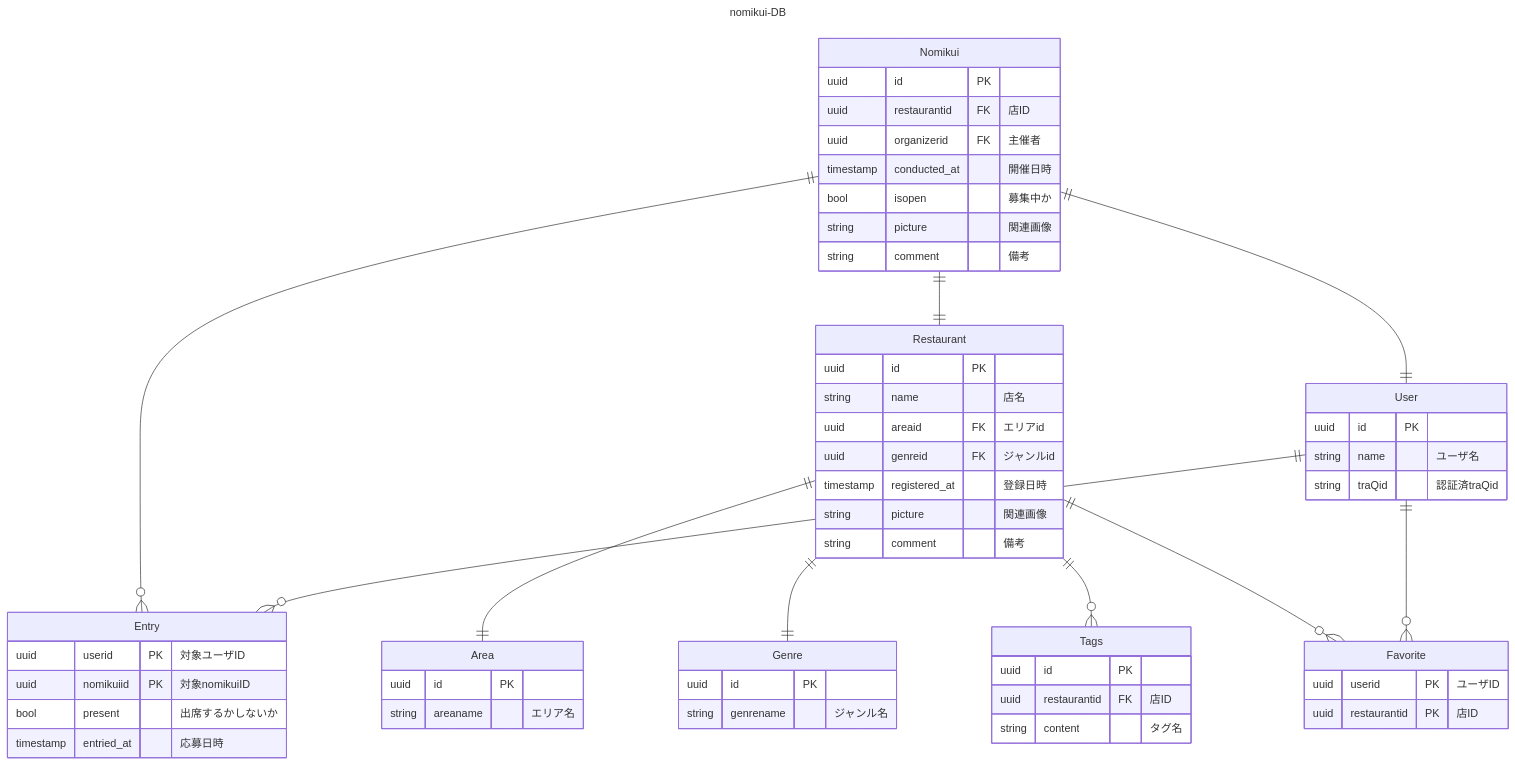
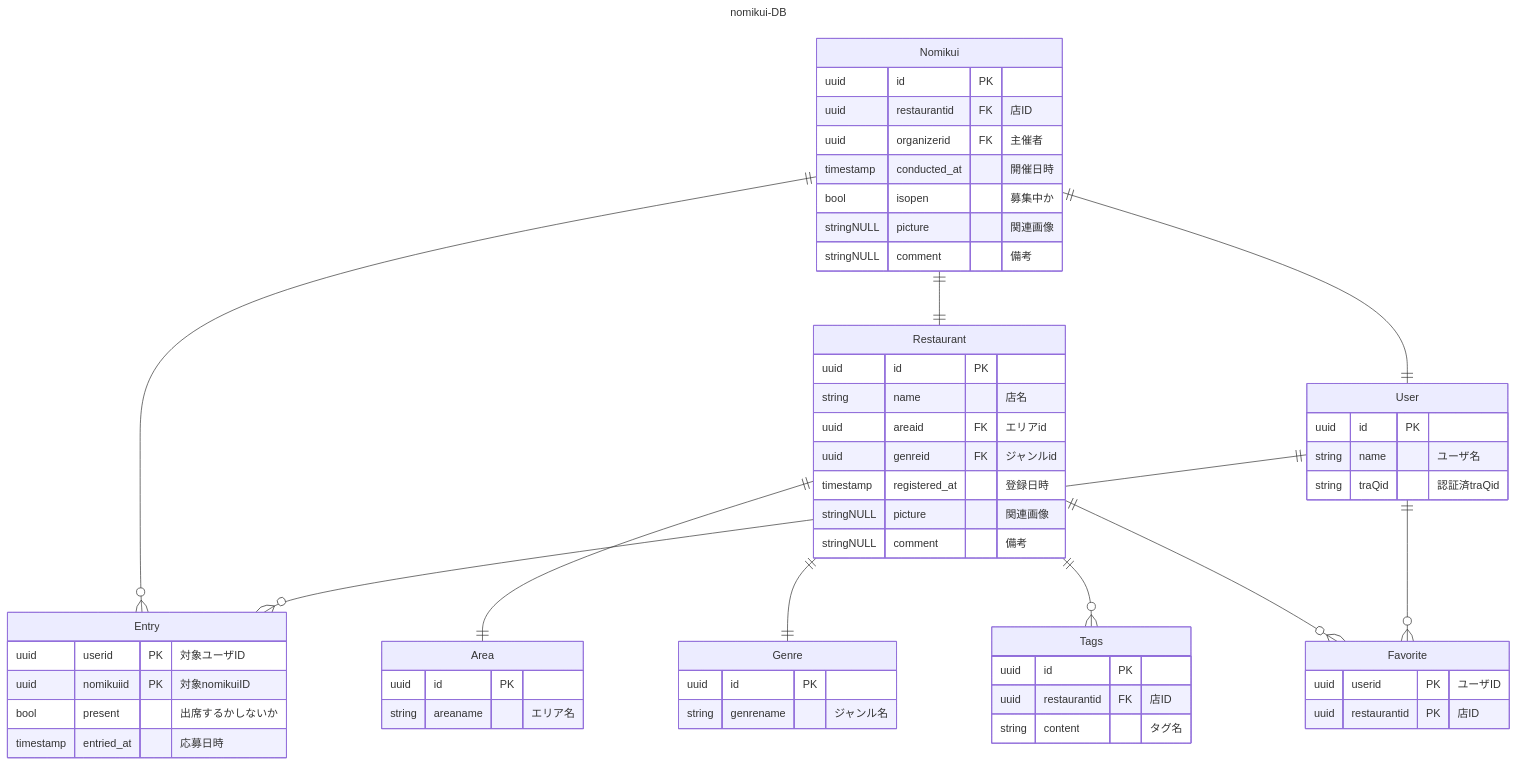
Before and after one commit to alter334/nomikui-match: the diagram in README.md, drawn with Mermaid.

Commit message:
Readme修正

````diff
--- a/README.md
+++ b/README.md
@@ -4,73 +4,73 @@
 ```mermaid
 ---
 title: nomikui-DB
 ---
 erDiagram
 
   Nomikui ||--o{ Entry : ""
   Nomikui ||--|| Restaurant : ""
   Nomikui ||--|| User : ""
 
   Restaurant ||--|| Area : ""
   Restaurant ||--|| Genre : ""
   Restaurant ||--o{ Tags : ""
   Restaurant ||--o{ Favorite :""
 
   User ||--o{ Favorite : ""
   User ||--o{ Entry : ""
 
   Nomikui {
     uuid id PK
     uuid restaurantid FK "店ID"
     uuid organizerid FK "主催者"
     timestamp conducted_at "開催日時"
     bool isopen "募集中か"
-    string picture "関連画像"
-    string comment "備考"
+    stringNULL picture "関連画像"
+    stringNULL comment "備考"
   }
 
   Entry {
     uuid userid PK "対象ユーザID"
     uuid nomikuiid PK "対象nomikuiID"
     bool present "出席するかしないか"
     timestamp entried_at "応募日時"
   }
 
   Restaurant {
     uuid id PK
     string name "店名"
     uuid areaid FK "エリアid"
     uuid genreid FK "ジャンルid"
     timestamp registered_at "登録日時"
-    string picture "関連画像"
-    string comment "備考"
+    stringNULL picture "関連画像"
+    stringNULL comment "備考"
   }
 
   User {
     uuid id PK
     string name "ユーザ名"
     string traQid "認証済traQid"
   }
 
   Area {
     uuid id PK
     string areaname "エリア名"
   }
 
   Genre {
     uuid id PK 
     string genrename "ジャンル名"
   }
 
   Tags {
     uuid id PK
     uuid restaurantid FK "店ID"
     string content "タグ名"
   }
 
   Favorite {
     uuid userid PK "ユーザID"
     uuid restaurantid PK "店ID"
   }
 
 ```
````
